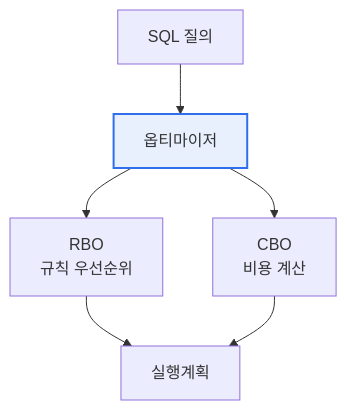
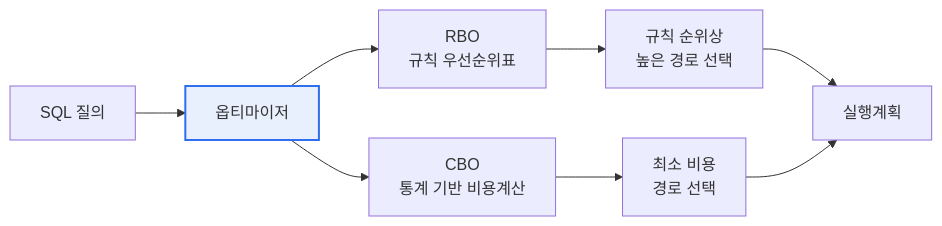
The second of 2 diagrams in content/db-optimizer.md (coninggu/wjdqhrhksflrltnftk), drawn with Mermaid before and after one commit. The commit also changed other lines of this file and 3 other files, not shown here.

Commit message:
Deepen SECaaS(Security as a Service), 데이터베이스 옵티마이저(RBO·CBO) (auto)

````diff
--- a/content/db-optimizer.md
+++ b/content/db-optimizer.md
@@ -15,9 +43,11 @@
 ```mermaid
-flowchart TB
-  S[SQL 질의] --> O[옵티마이저]
-  O --> R["RBO<br/>규칙 우선순위"]
-  O --> C["CBO<br/>비용 계산"]
-  R --> P[실행계획]
-  C --> P
+flowchart LR
+  S["SQL 질의"] --> O["옵티마이저"]
+  O --> R["RBO<br/>규칙 우선순위표"]
+  O --> C["CBO<br/>통계 기반 비용계산"]
+  R --> RP["규칙 순위상<br/>높은 경로 선택"]
+  C --> CP["최소 비용<br/>경로 선택"]
+  RP --> P["실행계획"]
+  CP --> P
   style O fill:#e8f0fe,stroke:#2f6fed,stroke-width:2px
 ```
````
